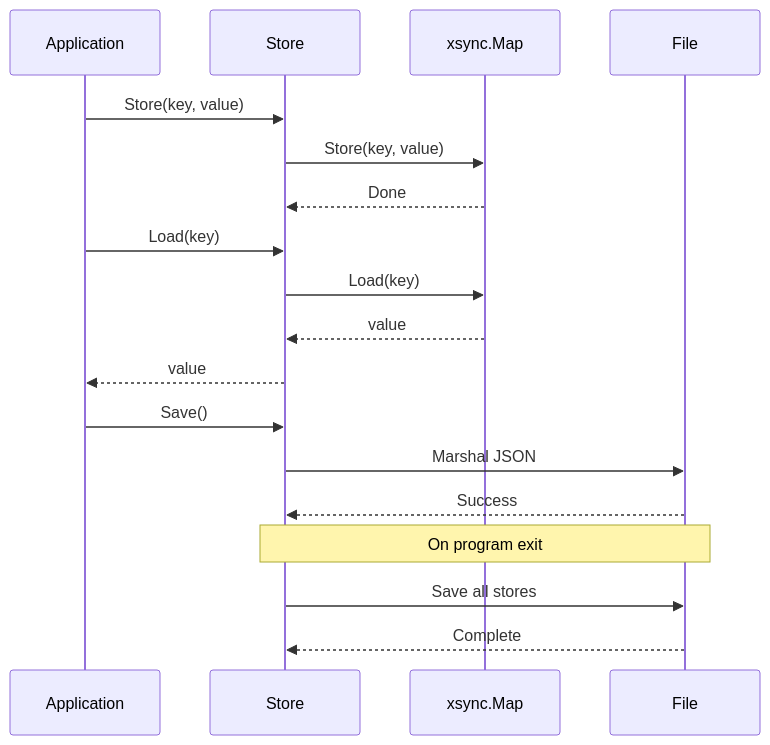
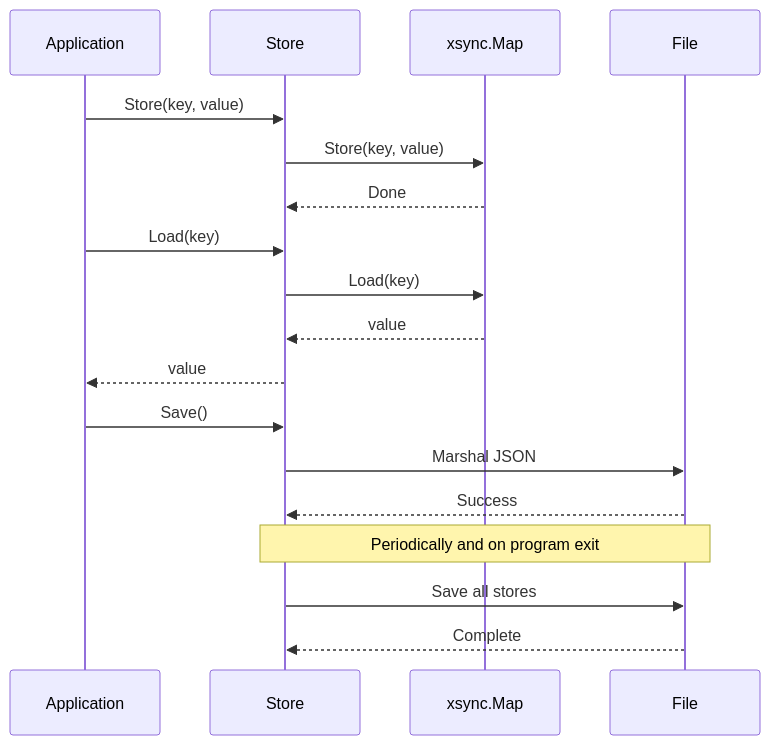
The second of 2 diagrams in content/docs/impl/internal-jsonstore.mdx (yusing/godoxy-wiki), drawn with Mermaid before and after one commit. The commit also changed other lines of this file and 3 other files, not shown here.

````diff
--- a/content/docs/impl/internal-jsonstore.mdx
+++ b/content/docs/impl/internal-jsonstore.mdx
@@ -182,24 +183,24 @@
 ```mermaid
 sequenceDiagram
     participant Application
     participant Store
     participant xsync.Map
     participant File
 
     Application->>Store: Store(key, value)
     Store->>xsync.Map: Store(key, value)
     xsync.Map-->>Store: Done
 
     Application->>Store: Load(key)
     Store->>xsync.Map: Load(key)
     xsync.Map-->>Store: value
     Store-->>Application: value
 
     Application->>Store: Save()
     Store->>File: Marshal JSON
     File-->>Store: Success
 
-    Note over Store,File: On program exit
+    Note over Store,File: Periodically and on program exit
     Store->>File: Save all stores
     File-->>Store: Complete
 ```
````
